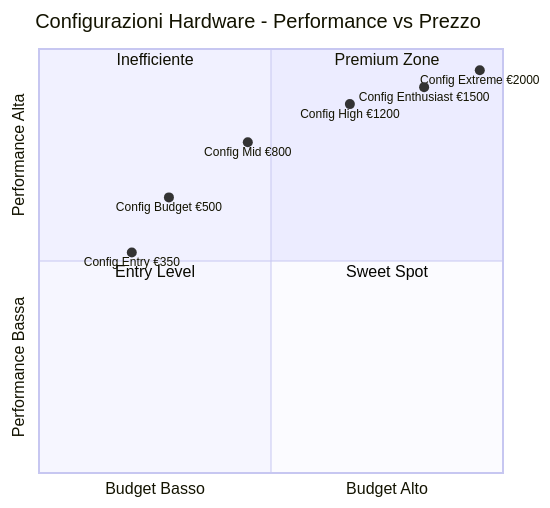
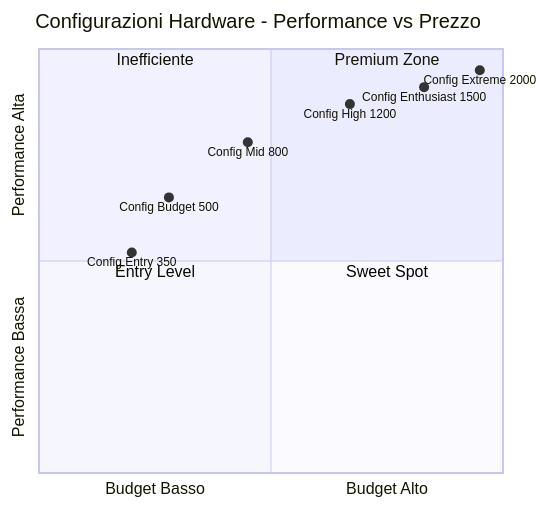
Before and after one commit to siozzi29/Gamelog: the sixth of 12 diagrams in DOCUMENTAZIONE.md, drawn with Mermaid. The commit also changed other lines of this file, not shown here.

````diff
--- a/DOCUMENTAZIONE.md
+++ b/DOCUMENTAZIONE.md
@@ -557,16 +557,16 @@
 ```mermaid
 quadrantChart
     title Configurazioni Hardware - Performance vs Prezzo
     x-axis "Budget Basso" --> "Budget Alto"
     y-axis "Performance Bassa" --> "Performance Alta"
     quadrant-1 "Premium Zone"
     quadrant-2 "Inefficiente"
     quadrant-3 "Entry Level"
     quadrant-4 "Sweet Spot"
-    Config Entry €350: [0.20, 0.52]
-    Config Budget €500: [0.28, 0.65]
-    Config Mid €800: [0.45, 0.78]
-    Config High €1200: [0.67, 0.87]
-    Config Enthusiast €1500: [0.83, 0.91]
-    Config Extreme €2000: [0.95, 0.95]
+    Config Entry 350: [0.20, 0.52]
+    Config Budget 500: [0.28, 0.65]
+    Config Mid 800: [0.45, 0.78]
+    Config High 1200: [0.67, 0.87]
+    Config Enthusiast 1500: [0.83, 0.91]
+    Config Extreme 2000: [0.95, 0.95]
 ```
````
